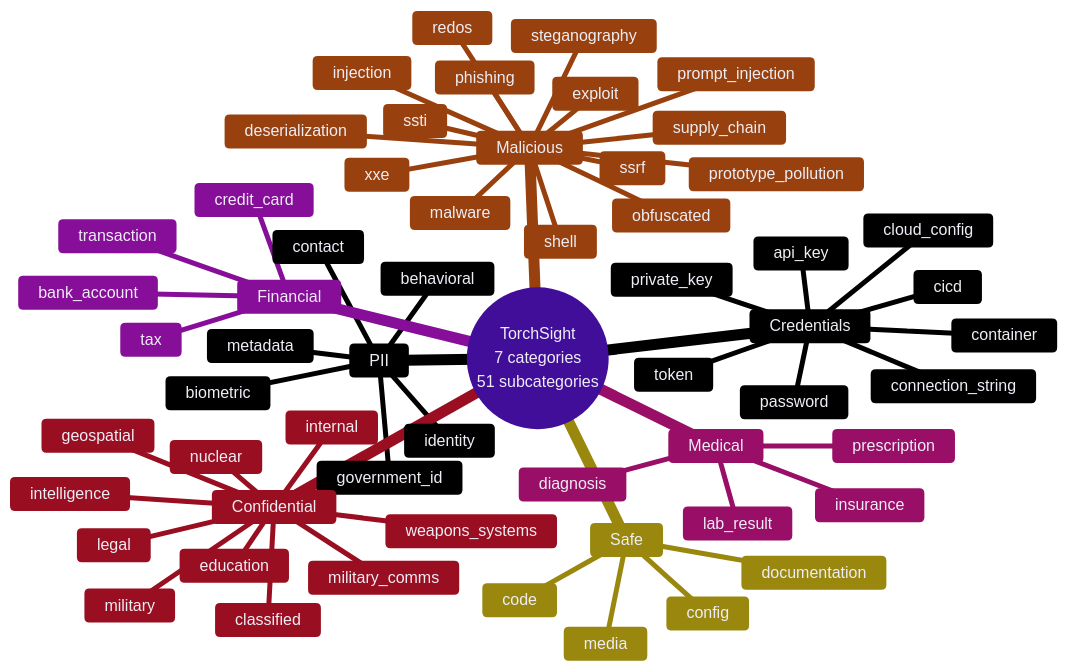
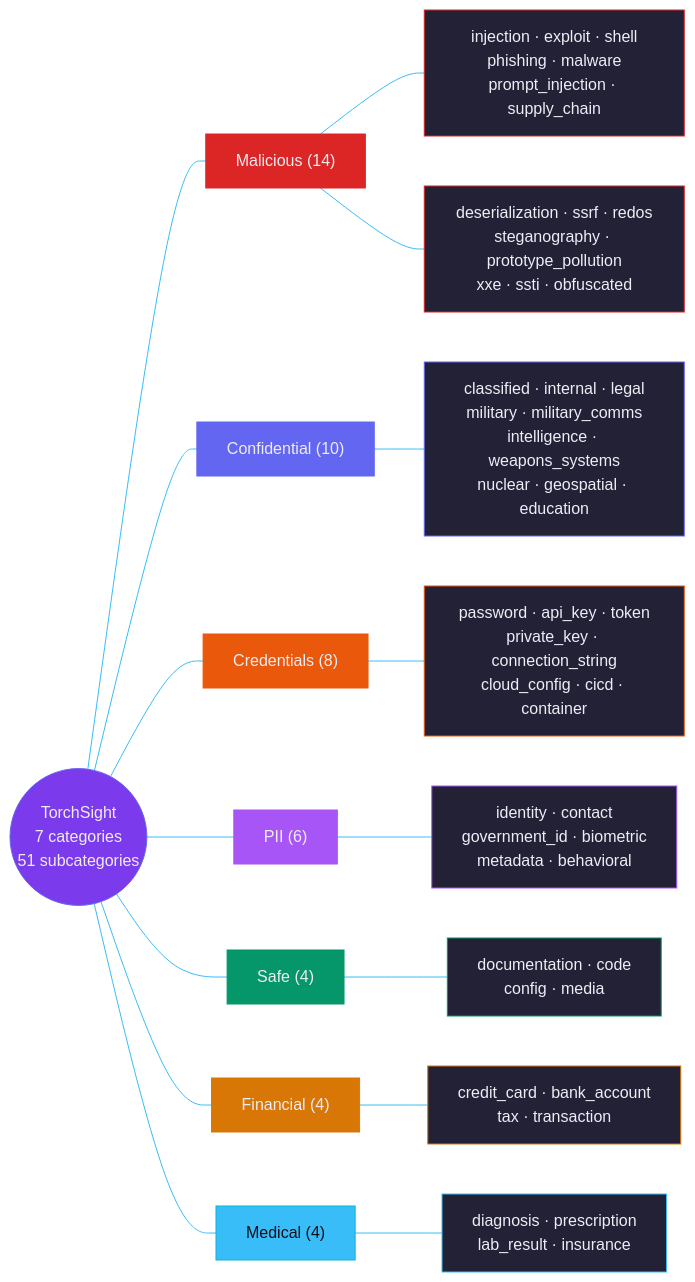
One commit to IvanDobrovolsky/torchsight changed the fifth of 5 diagrams in docs/ARCHITECTURE.md. Above: the diagram before and after it, drawn with Mermaid. The commit also changed other lines of this file and 1 other file, not shown here.

Commit message:
fix: update beam description, add f16 export, fix taxonomy diagram backgrounds
- Rewrite beam description: "LoRA fine-tuned LLM with adjusted weights
  built to detect cybersecurity threats, classify and describe documents
  locally on your machine"
- Add f16 (~54GB) to GGUF output formats
- Replace mindmap diagrams with styled flowcharts — all leaf nodes now
  have explicit fill:#222136 backgrounds (fixes transparent leaves on
  GitHub's light theme renderer)
- Fix dead link to beam/LABELS.md -> beam/README.md

````diff
--- a/docs/ARCHITECTURE.md
+++ b/docs/ARCHITECTURE.md
@@ -228,63 +228,48 @@
 ```mermaid
 %%{init: {'theme': 'base', 'themeVariables': {'primaryColor': '#7C3AED','primaryTextColor': '#EEEDF5','primaryBorderColor': '#6366F1','lineColor': '#38BDF8','secondaryColor': '#1A1926','tertiaryColor': '#222136','background': '#0F0E17','mainBkg': '#1A1926','nodeBorder': '#6366F1','clusterBkg': '#222136','titleColor': '#A855F7','edgeLabelBackground': '#1A1926'}}}%%
-mindmap
-  root((TorchSight<br>7 categories<br>51 subcategories))
-    PII
-      identity
-      contact
-      government_id
-      biometric
-      metadata
-      behavioral
-    Credentials
-      password
-      api_key
-      token
-      private_key
-      connection_string
-      cloud_config
-      cicd
-      container
-    Financial
-      credit_card
-      bank_account
-      tax
-      transaction
-    Medical
-      diagnosis
-      prescription
-      lab_result
-      insurance
-    Confidential
-      classified
-      internal
-      legal
-      military
-      military_comms
-      weapons_systems
-      intelligence
-      geospatial
-      nuclear
-      education
-    Malicious
-      injection
-      exploit
-      shell
-      obfuscated
-      phishing
-      malware
-      prompt_injection
-      supply_chain
-      deserialization
-      ssrf
-      redos
-      steganography
-      prototype_pollution
-      xxe
-      ssti
-    Safe
-      documentation
-      code
-      config
-      media
+
+graph LR
+    TS((TorchSight<br/>7 categories<br/>51 subcategories))
+
+    MAL["Malicious (14)"]
+    CONF["Confidential (10)"]
+    CRED["Credentials (8)"]
+    PII["PII (6)"]
+    SAFE["Safe (4)"]
+    FIN["Financial (4)"]
+    MED["Medical (4)"]
+
+    TS --- MAL
+    TS --- CONF
+    TS --- CRED
+    TS --- PII
+    TS --- SAFE
+    TS --- FIN
+    TS --- MED
+
+    MAL --- M1["injection · exploit · shell<br/>phishing · malware<br/>prompt_injection · supply_chain"]
+    MAL --- M2["deserialization · ssrf · redos<br/>steganography · prototype_pollution<br/>xxe · ssti · obfuscated"]
+    CONF --- C1["classified · internal · legal<br/>military · military_comms<br/>intelligence · weapons_systems<br/>nuclear · geospatial · education"]
+    CRED --- CR1["password · api_key · token<br/>private_key · connection_string<br/>cloud_config · cicd · container"]
+    PII --- P1["identity · contact<br/>government_id · biometric<br/>metadata · behavioral"]
+    SAFE --- S1["documentation · code<br/>config · media"]
+    FIN --- F1["credit_card · bank_account<br/>tax · transaction"]
+    MED --- MD1["diagnosis · prescription<br/>lab_result · insurance"]
+
+    style TS fill:#7C3AED,stroke:#6366F1,color:#EEEDF5
+    style MAL fill:#DC2626,stroke:#DC2626,color:#EEEDF5
+    style CONF fill:#6366F1,stroke:#6366F1,color:#EEEDF5
+    style CRED fill:#EA580C,stroke:#EA580C,color:#EEEDF5
+    style PII fill:#A855F7,stroke:#A855F7,color:#EEEDF5
+    style SAFE fill:#059669,stroke:#059669,color:#EEEDF5
+    style FIN fill:#D97706,stroke:#D97706,color:#EEEDF5
+    style MED fill:#38BDF8,stroke:#06B6D4,color:#0F0E17
+    style M1 fill:#222136,stroke:#DC2626,color:#EEEDF5
+    style M2 fill:#222136,stroke:#DC2626,color:#EEEDF5
+    style C1 fill:#222136,stroke:#6366F1,color:#EEEDF5
+    style CR1 fill:#222136,stroke:#EA580C,color:#EEEDF5
+    style P1 fill:#222136,stroke:#A855F7,color:#EEEDF5
+    style S1 fill:#222136,stroke:#059669,color:#EEEDF5
+    style F1 fill:#222136,stroke:#D97706,color:#EEEDF5
+    style MD1 fill:#222136,stroke:#38BDF8,color:#EEEDF5
 ```
````
